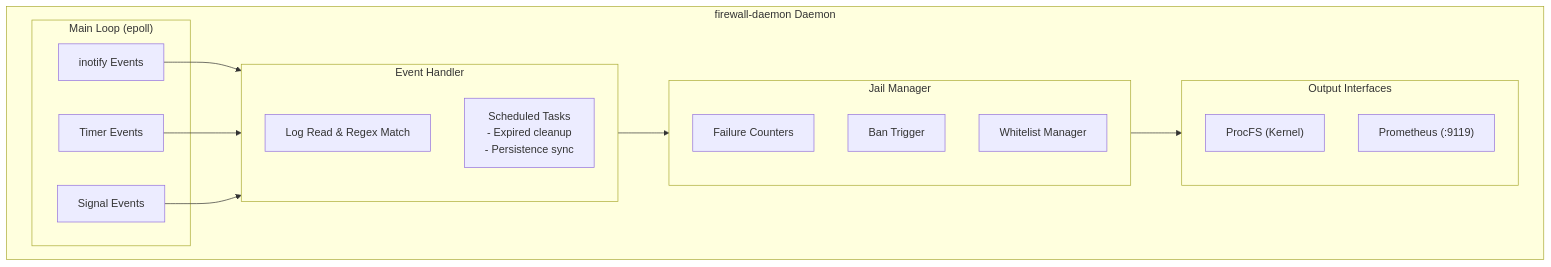
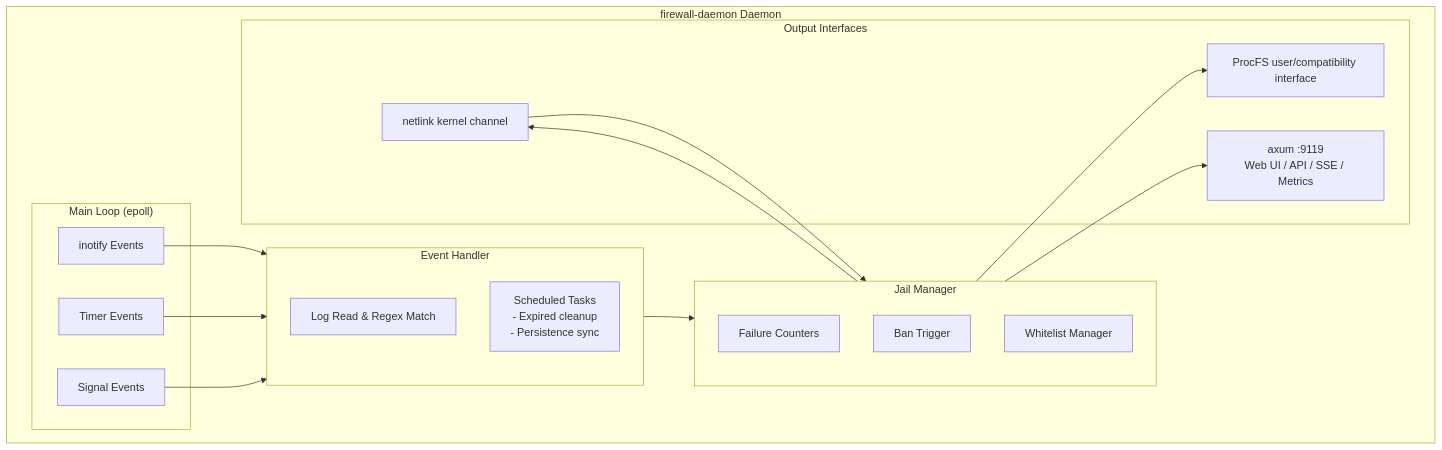
The second of 7 diagrams in docs/en/architecture/daemon.md (SnowCore8/linux-firewall-kmod), drawn with Mermaid before and after one commit. The commit also changed other lines of this file and 6 other files, not shown here.

First line of the commit message:
docs: align architecture framework (#10)

````diff
--- a/docs/en/architecture/daemon.md
+++ b/docs/en/architecture/daemon.md
@@ -94,32 +102,36 @@
 ```mermaid
 graph TB
     subgraph Daemon["firewall-daemon Daemon"]
         subgraph MainLoop["Main Loop (epoll)"]
             Inotify["inotify Events"]
             Timer["Timer Events"]
             Signal["Signal Events"]
         end
 
         subgraph EventHandler["Event Handler"]
             LogRead["Log Read & Regex Match"]
             ScheduledTasks["Scheduled Tasks<br/>- Expired cleanup<br/>- Persistence sync"]
         end
 
         subgraph JailManager["Jail Manager"]
             FailureCounters["Failure Counters"]
             BanTrigger["Ban Trigger"]
             WhitelistManager["Whitelist Manager"]
         end
 
         subgraph OutputInterfaces["Output Interfaces"]
-            ProcFS["ProcFS (Kernel)"]
-            Prometheus["Prometheus (:9119)"]
+            Netlink["netlink kernel channel"]
+            ProcFS["ProcFS user/compatibility interface"]
+            HTTP["axum :9119<br/>Web UI / API / SSE / Metrics"]
         end
 
         Inotify --> EventHandler
         Timer --> EventHandler
         Signal --> EventHandler
         EventHandler --> JailManager
-        JailManager --> OutputInterfaces
+        JailManager --> Netlink
+        Netlink --> JailManager
+        JailManager --> ProcFS
+        JailManager --> HTTP
     end
 ```
````
